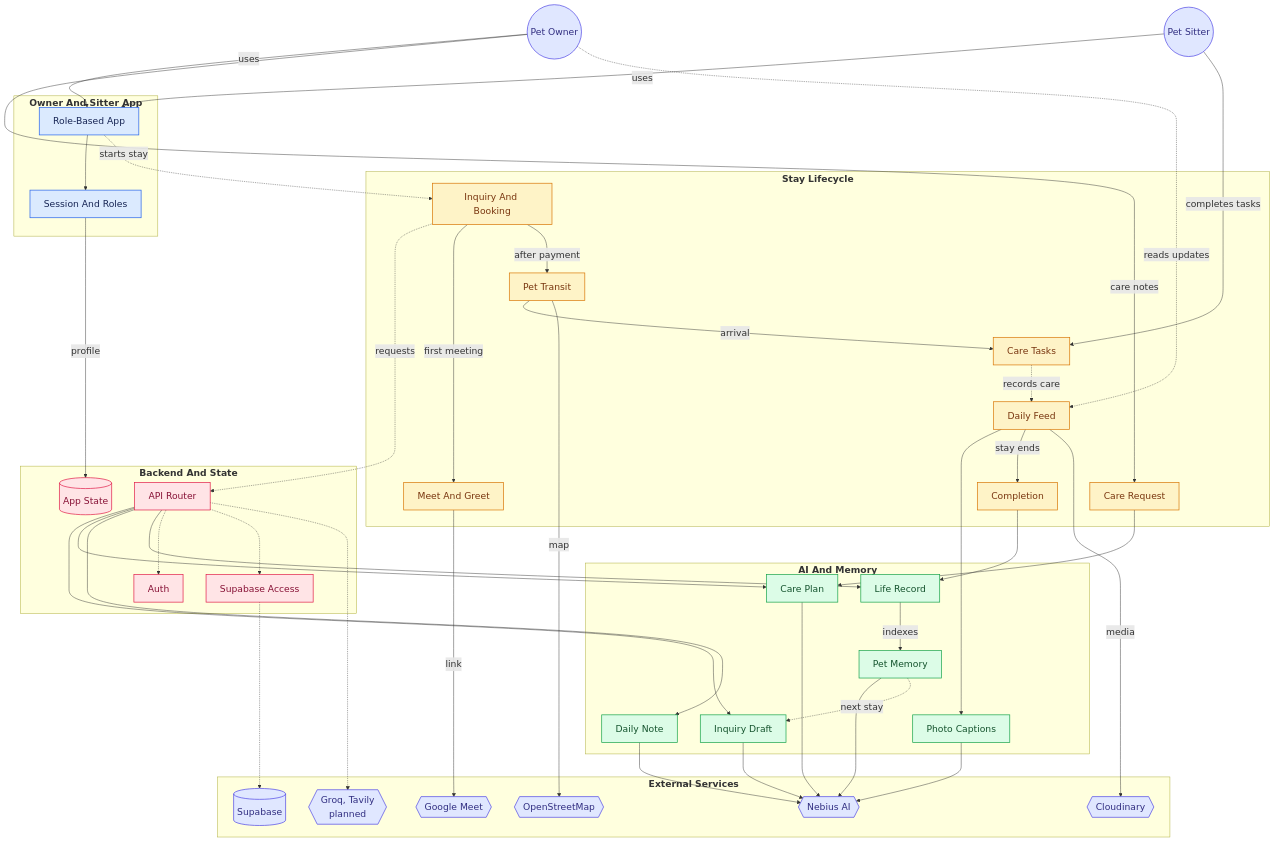
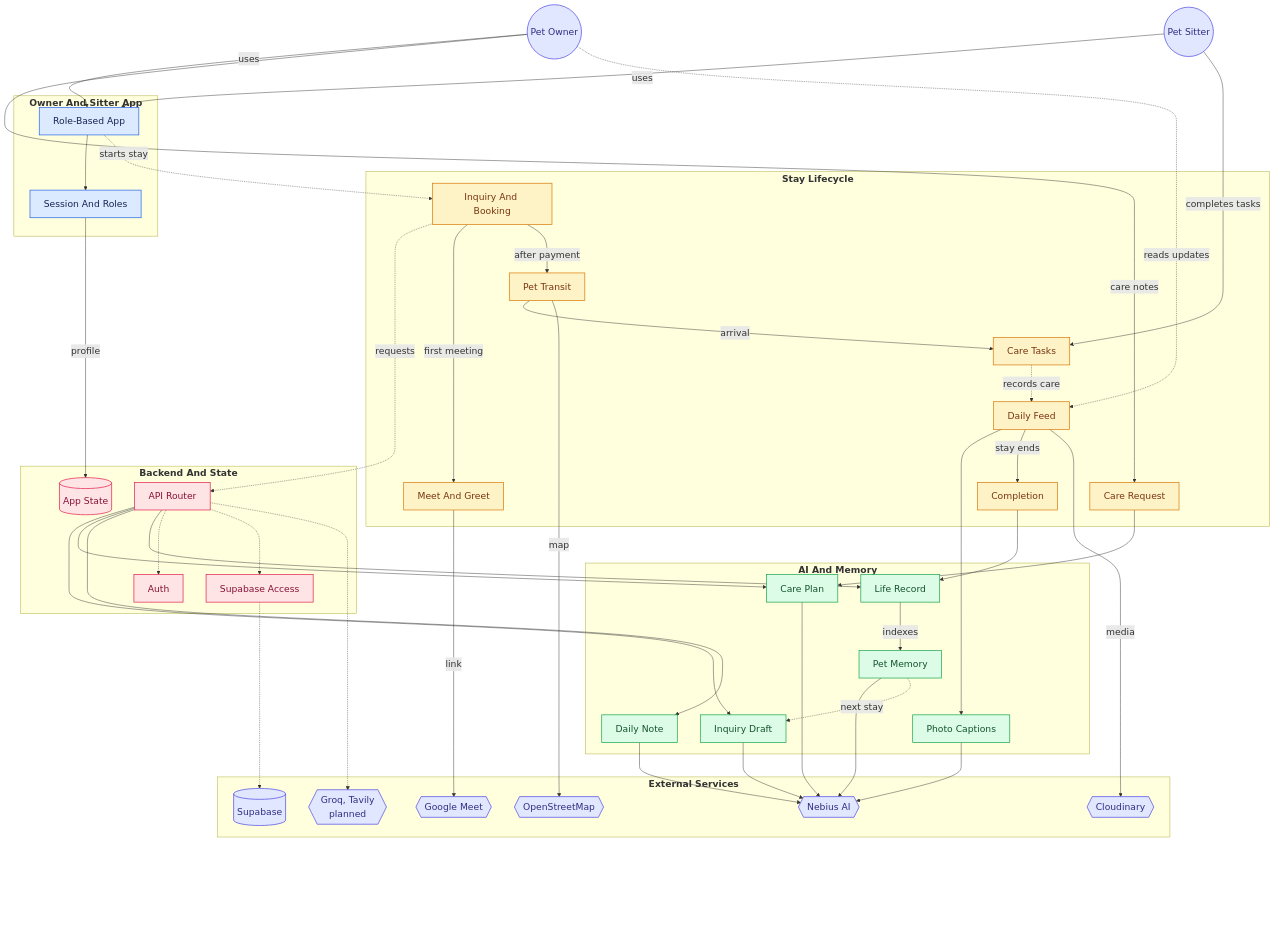
The diagram in README.md (minsikpaul92/Goldito), drawn with Mermaid before and after one commit.

Commit message:
docs: leave room below the architecture diagram for GitHub's zoom controls

```diff
--- a/README.md
+++ b/README.md
@@ -374,6 +374,11 @@
 node_meet -->|"link"| node_google_meet
 node_transit -->|"map"| node_osm
 
+node_google_meet & node_nebius & node_supabase & node_cloudinary & node_osm & node_planned ~~~ node_pad
+node_pad[" <br/> <br/> <br/> <br/> <br/> "]
+classDef padNone fill:none,stroke:none,color:transparent
+class node_pad padNone
+
 classDef toneBlue fill:#dbeafe,stroke:#2563eb,stroke-width:1.5px,color:#172554
 classDef toneAmber fill:#fef3c7,stroke:#d97706,stroke-width:1.5px,color:#78350f
 classDef toneMint fill:#dcfce7,stroke:#16a34a,stroke-width:1.5px,color:#14532d
```
